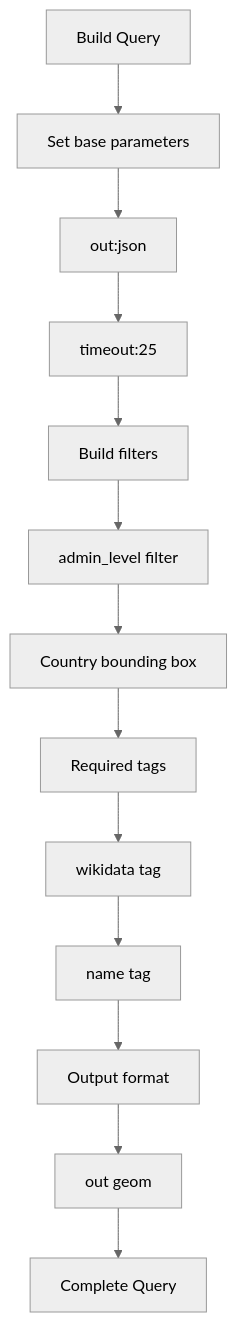
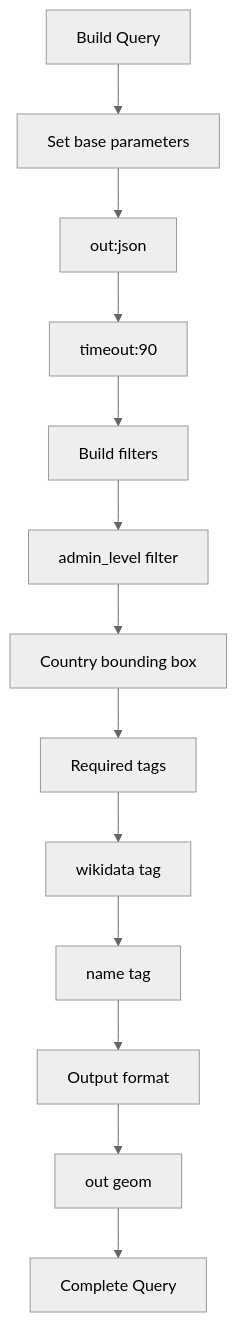
Before and after one commit to DaxServer/geocode-commons-categories: the third of 16 diagrams in docs/import/api-interactions.md, drawn with Mermaid (neutral theme). The commit also changed other lines of this file and 5 other files, not shown here.

````diff
--- a/docs/import/api-interactions.md
+++ b/docs/import/api-interactions.md
@@ -60,20 +60,20 @@
 ```mermaid
 graph TD
     START[Build Query] --> BASE[Set base parameters]
     BASE --> OUT[out:json]
-    OUT --> TIMEOUT_Q[timeout:25]
+    OUT --> TIMEOUT_Q[timeout:90]
 
     TIMEOUT_Q --> FILTER[Build filters]
     FILTER --> ADMIN[admin_level filter]
     ADMIN --> COUNTRY[Country bounding box]
 
     COUNTRY --> TAGS[Required tags]
     TAGS --> WD_TAG[wikidata tag]
     WD_TAG --> NAME_TAG[name tag]
 
     NAME_TAG --> OUTPUT[Output format]
     OUTPUT --> OUT_GEOM[out geom]
 
     OUT_GEOM --> COMPLETE[Complete Query]
 
 ```
````
